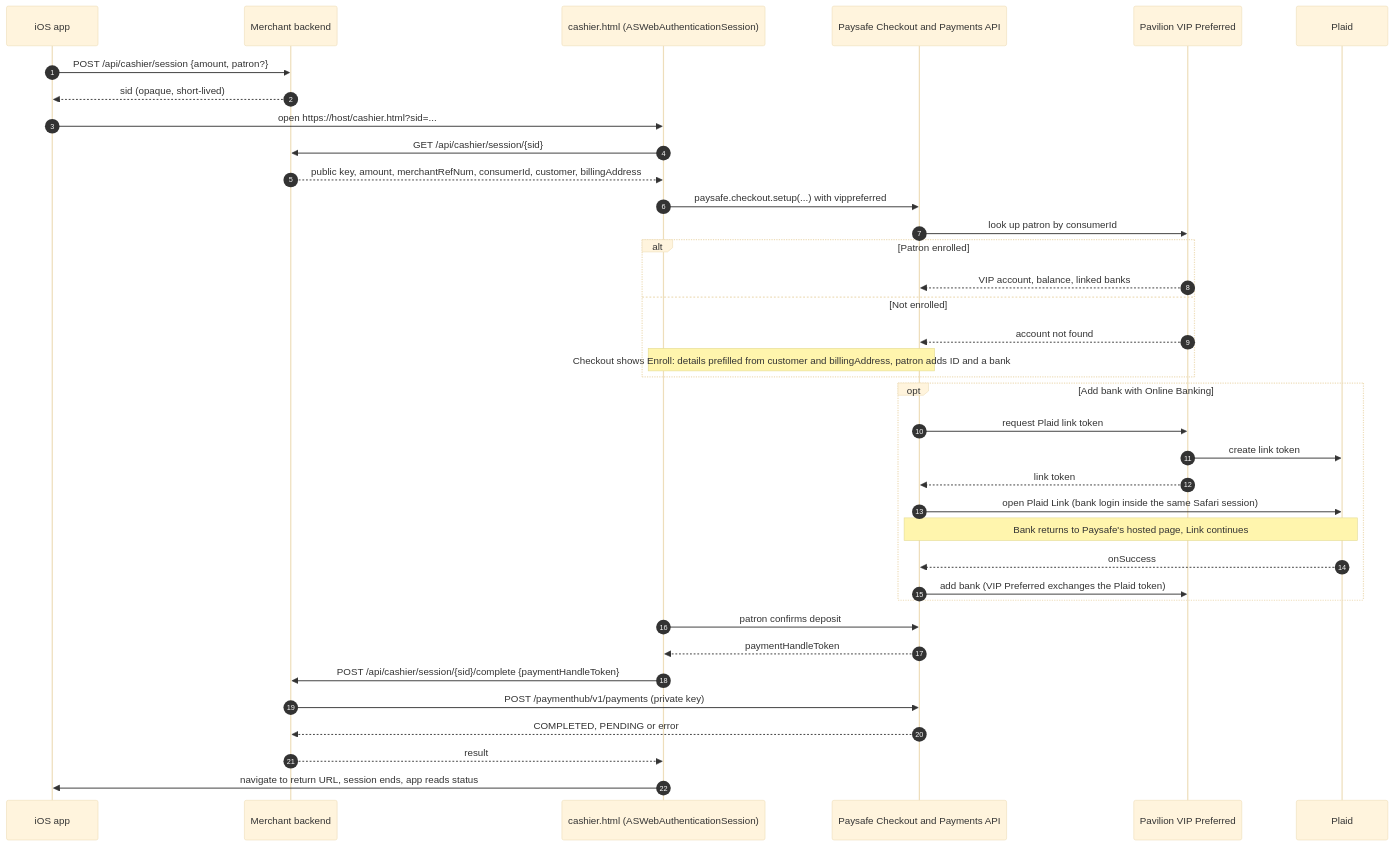
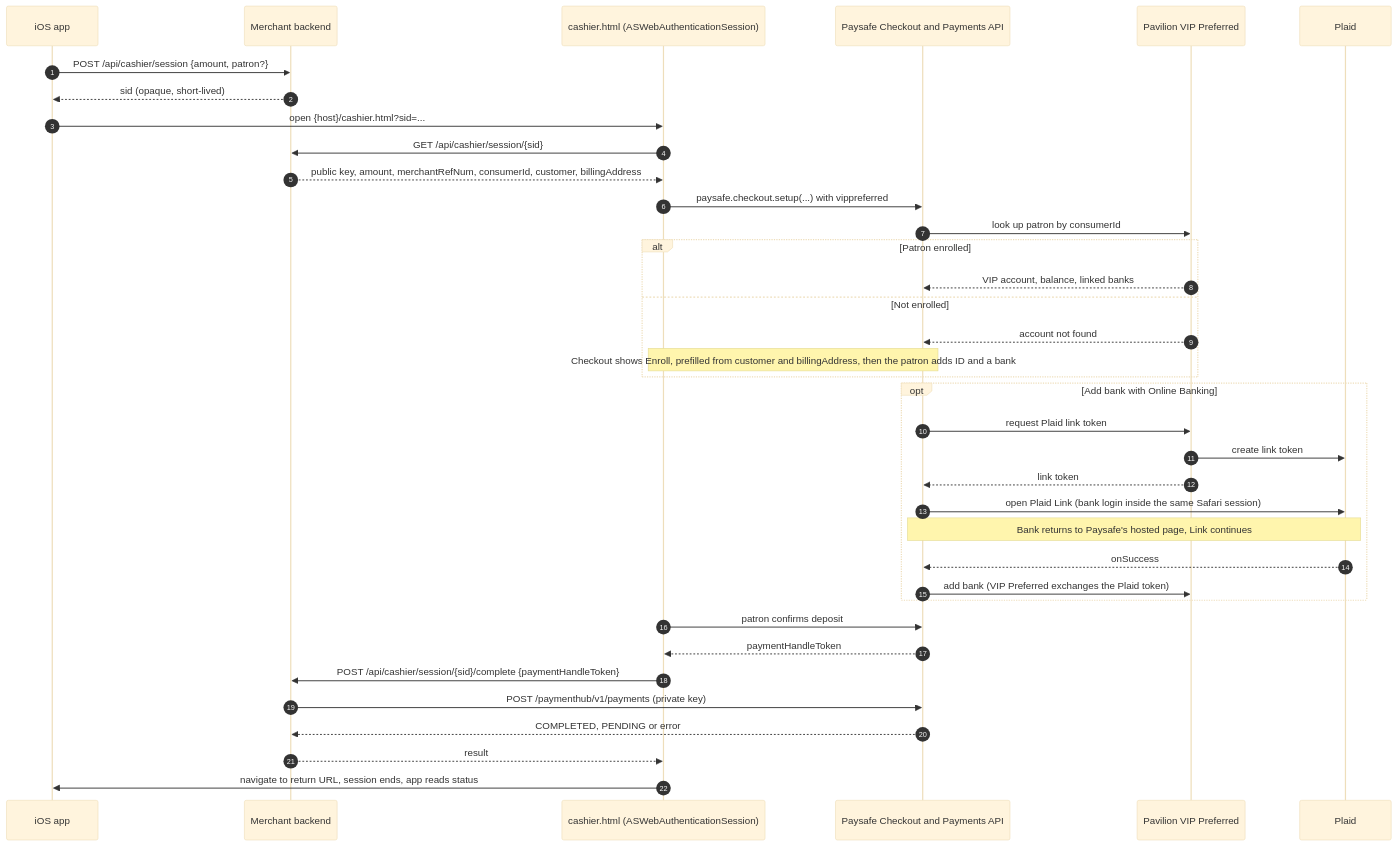
One commit to PavilionPay/Paysafe-Pavilion-Test-App changed the diagram in README.md. Above: the diagram before and after it, drawn with Mermaid (base theme). The commit also changed other lines of this file, not shown here.

````diff
--- a/README.md
+++ b/README.md
@@ -31,40 +38,40 @@
 ```mermaid
 sequenceDiagram
   autonumber
   participant App as iOS app
   participant Srv as Merchant backend
   participant Web as cashier.html (ASWebAuthenticationSession)
   participant PS as Paysafe Checkout and Payments API
   participant VIP as Pavilion VIP Preferred
   participant Plaid as Plaid
 
   App->>Srv: POST /api/cashier/session {amount, patron?}
   Srv-->>App: sid (opaque, short-lived)
-  App->>Web: open https://host/cashier.html?sid=...
+  App->>Web: open {host}/cashier.html?sid=...
   Web->>Srv: GET /api/cashier/session/{sid}
   Srv-->>Web: public key, amount, merchantRefNum, consumerId, customer, billingAddress
   Web->>PS: paysafe.checkout.setup(...) with vippreferred
   PS->>VIP: look up patron by consumerId
   alt Patron enrolled
     VIP-->>PS: VIP account, balance, linked banks
   else Not enrolled
     VIP-->>PS: account not found
-    Note over Web,PS: Checkout shows Enroll: details prefilled from customer and billingAddress, patron adds ID and a bank
+    Note over Web,PS: Checkout shows Enroll, prefilled from customer and billingAddress, then the patron adds ID and a bank
   end
   opt Add bank with Online Banking
     PS->>VIP: request Plaid link token
     VIP->>Plaid: create link token
     VIP-->>PS: link token
     PS->>Plaid: open Plaid Link (bank login inside the same Safari session)
     Note over PS,Plaid: Bank returns to Paysafe's hosted page, Link continues
     Plaid-->>PS: onSuccess
     PS->>VIP: add bank (VIP Preferred exchanges the Plaid token)
   end
   Web->>PS: patron confirms deposit
   PS-->>Web: paymentHandleToken
   Web->>Srv: POST /api/cashier/session/{sid}/complete {paymentHandleToken}
   Srv->>PS: POST /paymenthub/v1/payments (private key)
   PS-->>Srv: COMPLETED, PENDING or error
   Srv-->>Web: result
   Web->>App: navigate to return URL, session ends, app reads status
 ```
````
